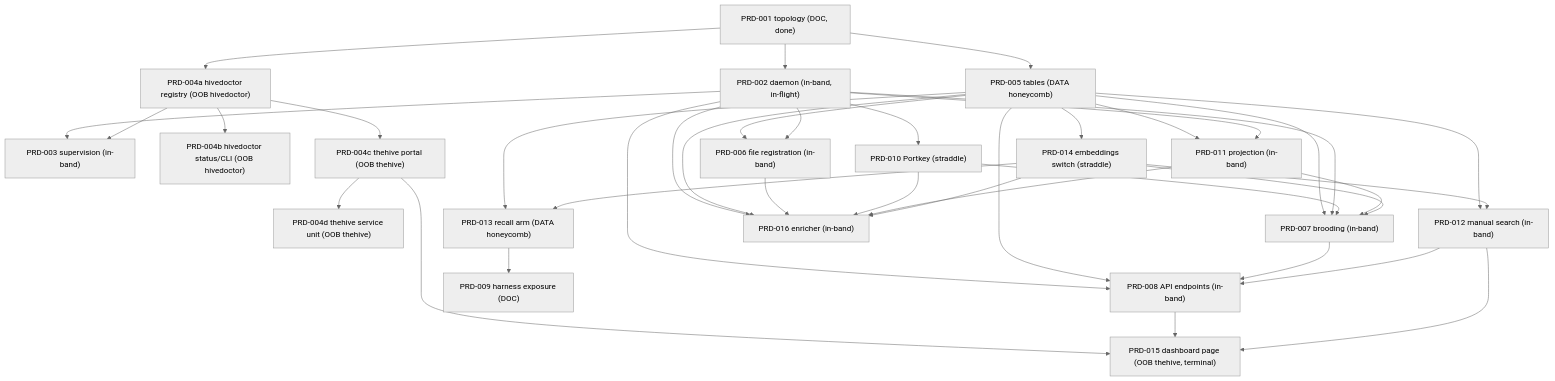
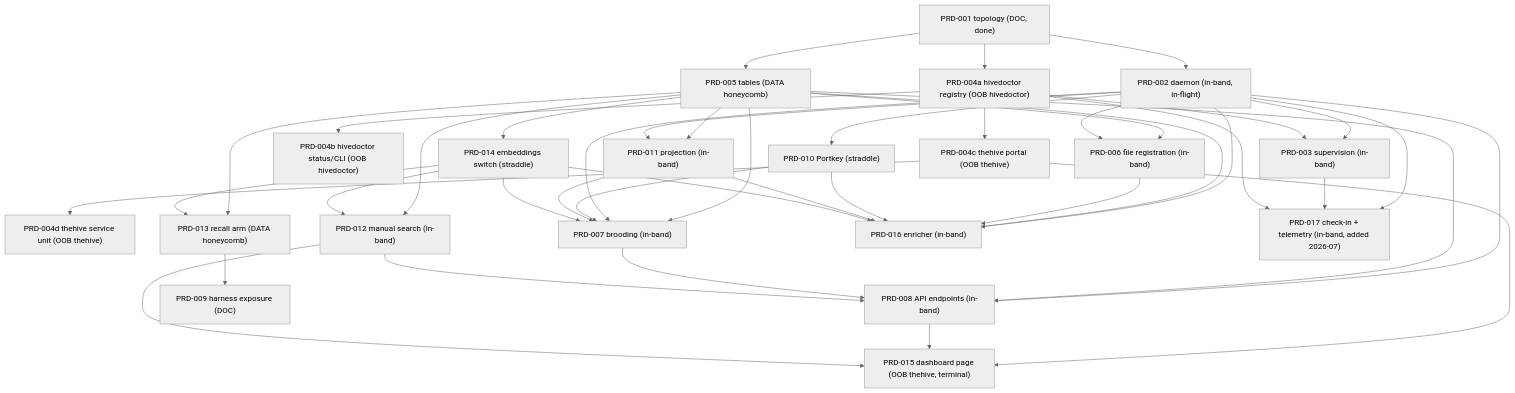
The diagram in library/requirements/PRD-003-016-DEPENDENCY-MAP.md (legioncodeinc/nectar), drawn with Mermaid (neutral theme) before and after one commit. The commit also changed other lines of this file and 4 other files, not shown here.

````diff
--- a/library/requirements/PRD-003-016-DEPENDENCY-MAP.md
+++ b/library/requirements/PRD-003-016-DEPENDENCY-MAP.md
@@ -635,60 +676,64 @@
 ```mermaid
 flowchart TD
     PRD001["PRD-001 topology (DOC, done)"]
     PRD002["PRD-002 daemon (in-band, in-flight)"]
     PRD003["PRD-003 supervision (in-band)"]
     PRD004a["PRD-004a hivedoctor registry (OOB hivedoctor)"]
     PRD004b["PRD-004b hivedoctor status/CLI (OOB hivedoctor)"]
     PRD004c["PRD-004c thehive portal (OOB thehive)"]
     PRD004d["PRD-004d thehive service unit (OOB thehive)"]
     PRD005["PRD-005 tables (DATA honeycomb)"]
     PRD006["PRD-006 file registration (in-band)"]
     PRD007["PRD-007 brooding (in-band)"]
     PRD008["PRD-008 API endpoints (in-band)"]
     PRD009["PRD-009 harness exposure (DOC)"]
     PRD010["PRD-010 Portkey (straddle)"]
     PRD011["PRD-011 projection (in-band)"]
     PRD012["PRD-012 manual search (in-band)"]
     PRD013["PRD-013 recall arm (DATA honeycomb)"]
     PRD014["PRD-014 embeddings switch (straddle)"]
     PRD015["PRD-015 dashboard page (OOB thehive, terminal)"]
     PRD016["PRD-016 enricher (in-band)"]
+    PRD017["PRD-017 check-in + telemetry (in-band, added 2026-07)"]
 
     PRD001 --> PRD002
     PRD001 --> PRD004a
     PRD001 --> PRD005
     PRD002 --> PRD003
     PRD004a --> PRD003
     PRD004a --> PRD004b
     PRD004a --> PRD004c
     PRD004c --> PRD004d
     PRD004c --> PRD015
     PRD005 --> PRD006
     PRD002 --> PRD006
     PRD005 --> PRD007
     PRD002 --> PRD007
     PRD010 --> PRD007
     PRD011 --> PRD007
     PRD014 --> PRD007
     PRD002 --> PRD010
     PRD005 --> PRD011
     PRD002 --> PRD011
     PRD005 --> PRD014
     PRD005 --> PRD012
     PRD014 --> PRD012
     PRD005 --> PRD013
     PRD014 --> PRD013
     PRD013 --> PRD009
     PRD002 --> PRD008
     PRD005 --> PRD008
     PRD007 --> PRD008
     PRD012 --> PRD008
     PRD008 --> PRD015
     PRD012 --> PRD015
     PRD002 --> PRD016
     PRD005 --> PRD016
     PRD006 --> PRD016
     PRD010 --> PRD016
     PRD011 --> PRD016
     PRD014 --> PRD016
+    PRD002 --> PRD017
+    PRD003 --> PRD017
+    PRD004a --> PRD017
 ```
````
